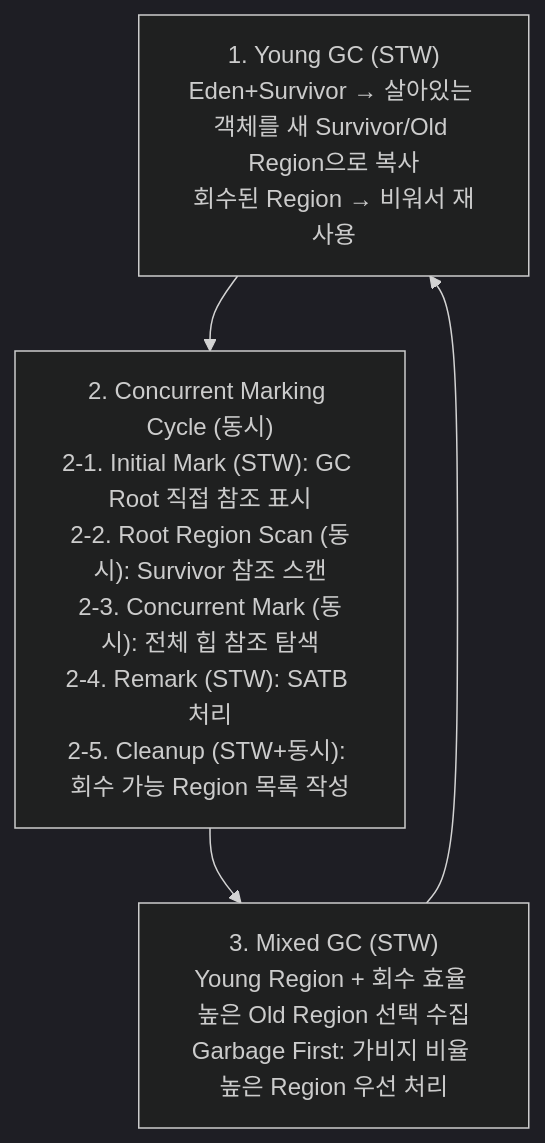
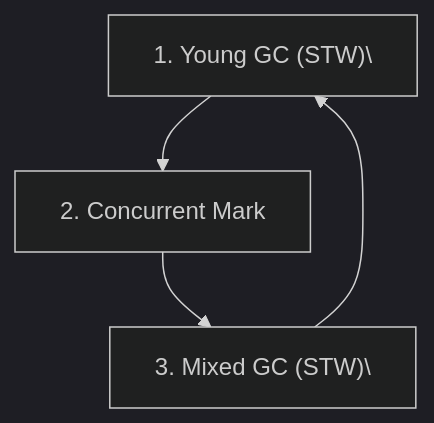
Diagram 15 of 29 in _posts/java/2026-05-01-java-garbage-collector.md (yjkim2015/yjkim2015.github.io), drawn with Mermaid (dark theme) before and after one commit. The commit also changed other lines of this file and 271 other files, not shown here.

First line of the commit message:
Mermaid 라벨 축소: 긴 노드 텍스트 18자 이하로 트림 + \n 제거

````diff
--- a/_posts/java/2026-05-01-java-garbage-collector.md
+++ b/_posts/java/2026-05-01-java-garbage-collector.md
@@ -302,7 +302,7 @@
 ```mermaid
 graph TD
-    YGC["1. Young GC (STW)\nEden+Survivor → 살아있는 객체를 새 Survivor/Old Region으로 복사\n회수된 Region → 비워서 재사용"]
-    CMC["2. Concurrent Marking Cycle (동시)\n2-1. Initial Mark (STW): GC Root 직접 참조 표시\n2-2. Root Region Scan (동시): Survivor 참조 스캔\n2-3. Concurrent Mark (동시): 전체 힙 참조 탐색\n2-4. Remark (STW): SATB 처리\n2-5. Cleanup (STW+동시): 회수 가능 Region 목록 작성"]
-    MGC["3. Mixed GC (STW)\nYoung Region + 회수 효율 높은 Old Region 선택 수집\nGarbage First: 가비지 비율 높은 Region 우선 처리"]
+    YGC["1. Young GC (STW)\"]
+    CMC["2. Concurrent Mark"]
+    MGC["3. Mixed GC (STW)\"]
     YGC --> CMC --> MGC --> YGC
 ```
````
